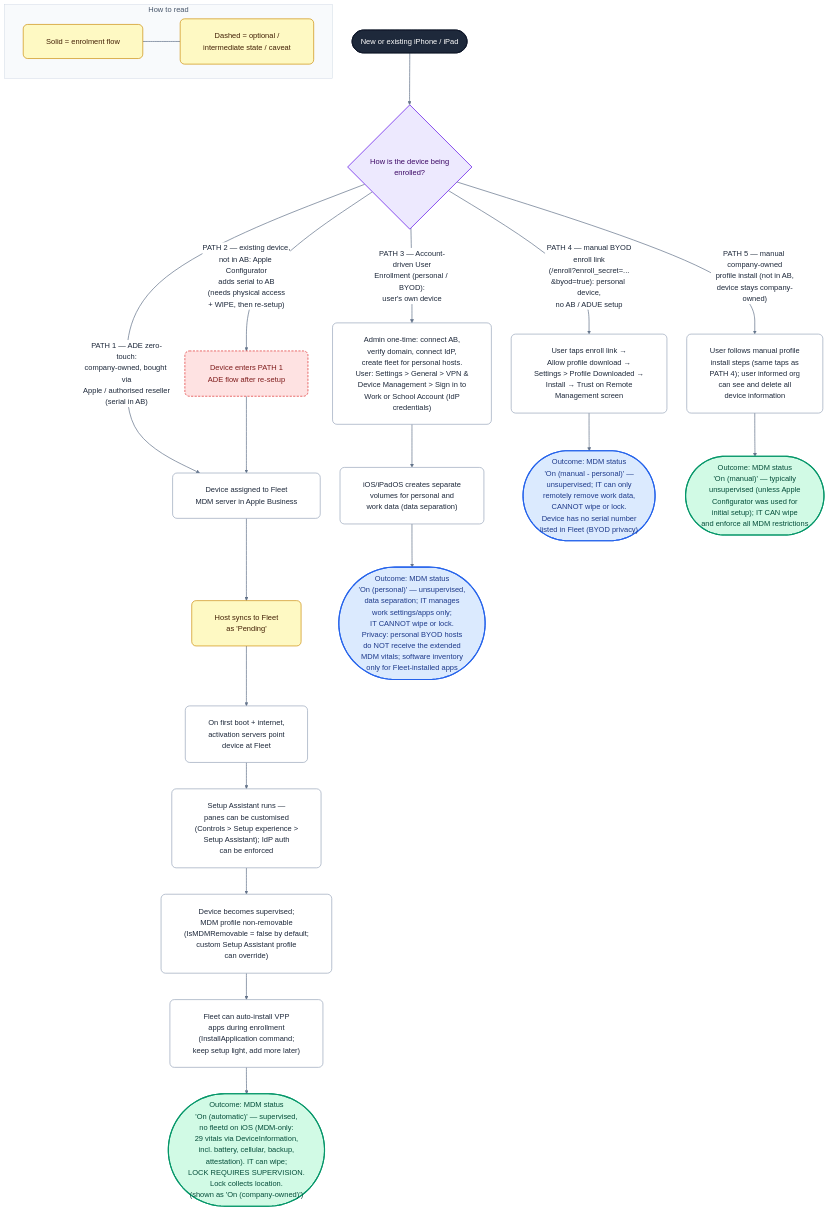
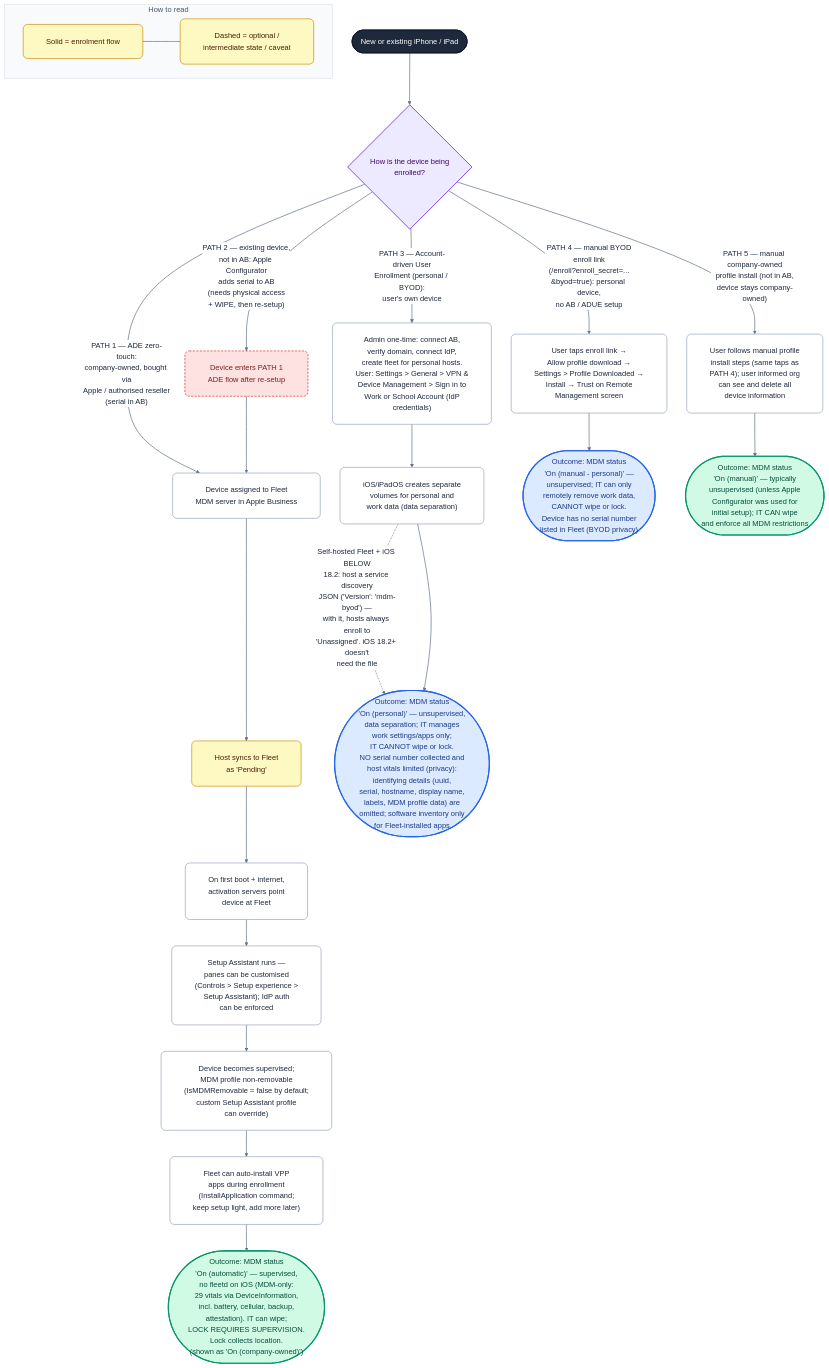
Before and after one commit to GrayW/flowcharts: the diagram in iPhoneOS-iPadOS.md, drawn with Mermaid.

````diff
--- a/iPhoneOS-iPadOS.md
+++ b/iPhoneOS-iPadOS.md
@@ -1,70 +1,71 @@
 ```mermaid
 %%{init: {
   'theme': 'base',
   'themeVariables': {
     'fontFamily': 'Helvetica, Arial, sans-serif',
     'fontSize': '17px',
     'primaryColor': '#ffffff',
     'primaryTextColor': '#1e293b',
     'primaryBorderColor': '#94a3b8',
     'lineColor': '#64748b',
     'clusterBkg': '#f8fafc',
     'clusterBorder': '#cbd5e1',
     'edgeLabelBackground': '#ffffff'
   },
   'flowchart': { 'curve': 'basis', 'nodeSpacing': 45, 'rankSpacing': 60, 'padding': 26, 'wrappingWidth': 300, 'htmlLabels': true }
 }}%%
 flowchart TD
   START(["New or existing iPhone / iPad"]) --> Q1{"How is the device being<br/>enrolled?"}
 
   %% ---- PATH 1: ADE via Apple Business (company-owned) ----
   Q1 -->|"PATH 1 — ADE zero-touch:<br/>company-owned, bought via<br/>Apple / authorised reseller<br/>(serial in AB)"| ADE["Device assigned to Fleet<br/>MDM server in Apple Business"]
   ADE --> PENDING["Host syncs to Fleet<br/>as 'Pending'"]
   PENDING --> ADE2["On first boot + internet,<br/>activation servers point<br/>device at Fleet"]
   ADE2 --> ADE3["Setup Assistant runs —<br/>panes can be customised<br/>(Controls &gt; Setup experience &gt;<br/>Setup Assistant); IdP auth<br/>can be enforced"]
   ADE3 --> ADE4["Device becomes supervised;<br/>MDM profile non-removable<br/>(IsMDMRemovable = false by default;<br/>custom Setup Assistant profile<br/>can override)"]
   ADE4 --> ADE5["Fleet can auto-install VPP<br/>apps during enrollment<br/>(InstallApplication command;<br/>keep setup light, add more later)"]
   ADE5 --> ADEOUT(["Outcome: MDM status<br/>'On (automatic)' — supervised,<br/>no fleetd on iOS (MDM-only:<br/>29 vitals via DeviceInformation,<br/>incl. battery, cellular, backup,<br/>attestation). IT can wipe;<br/>LOCK REQUIRES SUPERVISION.<br/>Lock collects location.<br/>(shown as 'On (company-owned)')"])
 
   %% ---- PATH 2: Apple Configurator ----
   Q1 -->|"PATH 2 — existing device,<br/>not in AB: Apple Configurator<br/>adds serial to AB<br/>(needs physical access<br/>+ WIPE, then re-setup)"| CON["Device enters PATH 1<br/>ADE flow after re-setup"]
   CON --> ADE
 
   %% ---- PATH 3: ADUE (personal / BYOD) ----
   Q1 -->|"PATH 3 — Account-driven User<br/>Enrollment (personal / BYOD):<br/>user's own device"| ADUE["Admin one-time: connect AB,<br/>verify domain, connect IdP,<br/>create fleet for personal hosts.<br/>User: Settings &gt; General &gt; VPN &<br/>Device Management &gt; Sign in to<br/>Work or School Account (IdP<br/>credentials)"]
   ADUE --> ADUE2["iOS/iPadOS creates separate<br/>volumes for personal and<br/>work data (data separation)"]
-  ADUE2 --> ADUEOUT(["Outcome: MDM status<br/>'On (personal)' — unsupervised,<br/>data separation; IT manages<br/>work settings/apps only;<br/>IT CANNOT wipe or lock.<br/>Privacy: personal BYOD hosts<br/>do NOT receive the extended<br/>MDM vitals; software inventory<br/>only for Fleet-installed apps"])
+  ADUE2 -.->|"Self-hosted Fleet + iOS BELOW<br/>18.2: host a service discovery<br/>JSON ('Version': 'mdm-byod') —<br/>with it, hosts always enroll to<br/>'Unassigned'. iOS 18.2+ doesn't<br/>need the file"| ADUEOUT
+  ADUE2 --> ADUEOUT(["Outcome: MDM status<br/>'On (personal)' — unsupervised,<br/>data separation; IT manages<br/>work settings/apps only;<br/>IT CANNOT wipe or lock.<br/>NO serial number collected and<br/>host vitals limited (privacy):<br/>identifying details (uuid,<br/>serial, hostname, display name,<br/>labels, MDM profile data) are<br/>omitted; software inventory only<br/>for Fleet-installed apps"])
 
   %% ---- PATH 4: manual BYOD enroll link ----
   Q1 -->|"PATH 4 — manual BYOD<br/>enroll link<br/>(/enroll?enroll_secret=...<br/>&byod=true): personal device,<br/>no AB / ADUE setup"| MBYOD["User taps enroll link →<br/>Allow profile download →<br/>Settings &gt; Profile Downloaded →<br/>Install → Trust on Remote<br/>Management screen"]
   MBYOD --> MBYODOUT(["Outcome: MDM status<br/>'On (manual - personal)' —<br/>unsupervised; IT can only<br/>remotely remove work data,<br/>CANNOT wipe or lock.<br/>Device has no serial number<br/>listed in Fleet (BYOD privacy)"])
 
   %% ---- PATH 5: manual company-owned profile ----
   Q1 -->|"PATH 5 — manual company-owned<br/>profile install (not in AB,<br/>device stays company-owned)"| MCO["User follows manual profile<br/>install steps (same taps as<br/>PATH 4); user informed org<br/>can see and delete all<br/>device information"]
   MCO --> MCOOUT(["Outcome: MDM status<br/>'On (manual)' — typically<br/>unsupervised (unless Apple<br/>Configurator was used for<br/>initial setup); IT CAN wipe<br/>and enforce all MDM restrictions"])
 
   %% Legend
   subgraph LEGEND["How to read"]
     L1["Solid = enrolment flow"] --- L2["Dashed = optional /<br/>intermediate state / caveat"]
   end
 
   classDef default fill:#ffffff,stroke:#94a3b8,stroke-width:1.5px,color:#1e293b,rx:10,ry:10
   classDef start fill:#1e293b,stroke:#0f172a,stroke-width:2px,color:#ffffff
   classDef decision fill:#ede9fe,stroke:#7c3aed,stroke-width:2px,color:#3b0764
   classDef pending fill:#fef9c3,stroke:#ca8a04,stroke-width:1.5px,color:#422006
   classDef full fill:#d1fae5,stroke:#059669,stroke-width:2.5px,color:#064e3b
   classDef manual fill:#ffedd5,stroke:#ea580c,stroke-width:2.5px,color:#7c2d12
   classDef byod fill:#dbeafe,stroke:#2563eb,stroke-width:2.5px,color:#1e3a8a
   classDef warn fill:#fee2e2,stroke:#dc2626,stroke-width:1.5px,color:#7f1d1d,stroke-dasharray:5 3
 
   class START start
   class Q1 decision
   class PENDING pending
   class ADEOUT,MCOOUT full
   class ADUEOUT,MBYODOUT byod
   class CON warn
   class L1,L2 pending
 
   linkStyle default stroke:#64748b,stroke-width:1.6px
   style LEGEND fill:#f8fafc,stroke:#cbd5e1,stroke-width:1px,color:#475569
   ```
````
